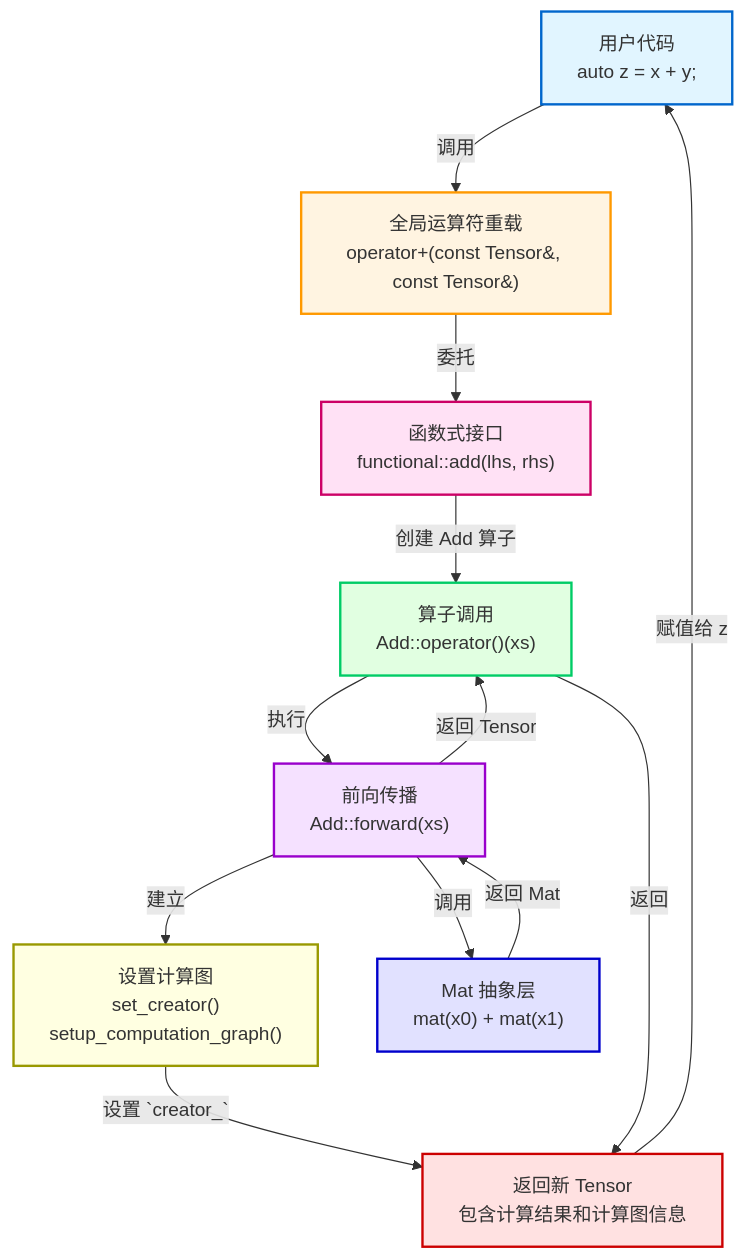
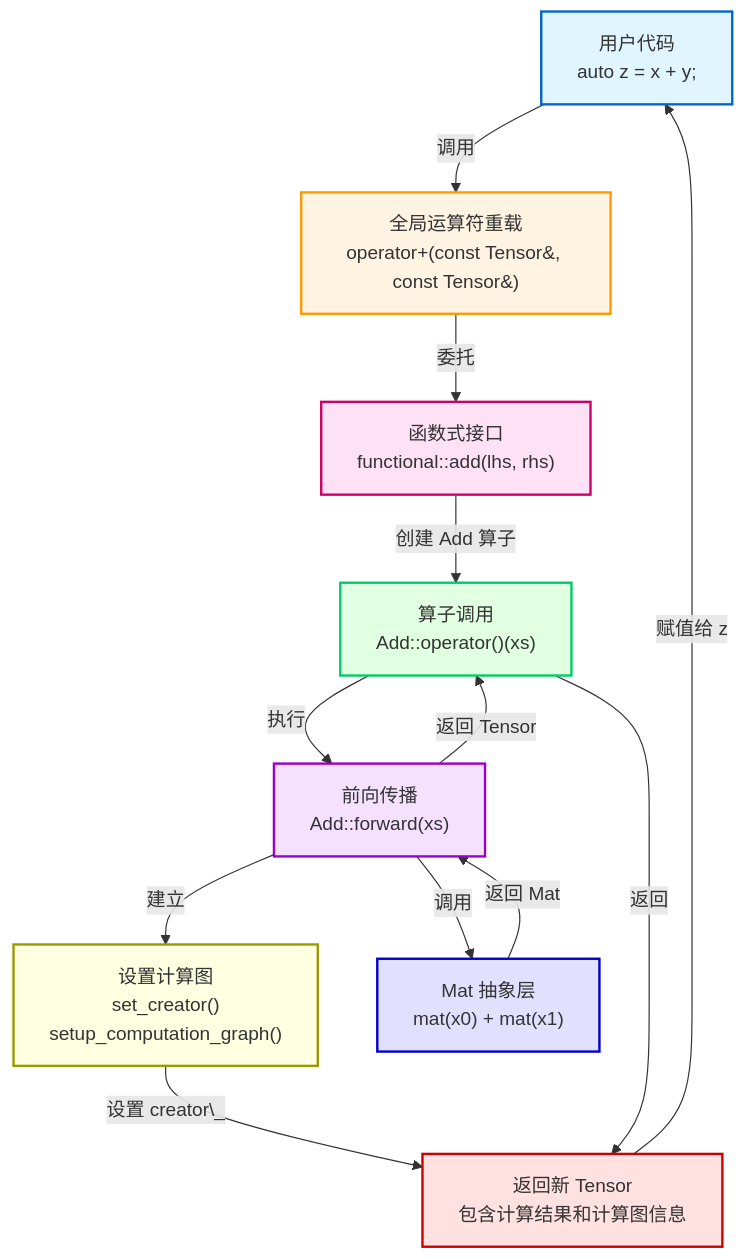
The fifth of 41 diagrams in docs/design/architecture.md (jinbooooom/OriginDL), drawn with Mermaid before and after one commit. The commit also changed other lines of this file, not shown here.

````diff
--- a/docs/design/architecture.md
+++ b/docs/design/architecture.md
@@ -318,49 +335,49 @@
 ```mermaid
 flowchart TD
     %% 用户代码层
     UserCode["用户代码<br/>auto z = x + y;"]
     
     %% 运算符重载层
     OperatorOverload["全局运算符重载<br/>operator+(const Tensor&, const Tensor&)"]
     
     %% 函数式接口层
     FunctionalAPI["函数式接口<br/>functional::add(lhs, rhs)"]
     
     %% 算子创建和调用层
     OperatorCall["算子调用<br/>Add::operator()(xs)"]
     
     %% 算子前向传播层
     Forward["前向传播<br/>Add::forward(xs)"]
     
     %% 计算图管理
     SetupGraph["设置计算图<br/>set_creator()<br/>setup_computation_graph()"]
     
     %% Mat 抽象层
     MatLayer["Mat 抽象层<br/>mat(x0) + mat(x1)"]
     
     %% 返回结果
     Result["返回新 Tensor<br/>包含计算结果和计算图信息"]
     
     %% 流程连接
     UserCode -->|调用| OperatorOverload
     OperatorOverload -->|委托| FunctionalAPI
     FunctionalAPI -->|创建 Add 算子| OperatorCall
     OperatorCall -->|执行| Forward
     Forward -->|调用| MatLayer
     Forward -->|建立| SetupGraph
     MatLayer -->|返回 Mat| Forward
     Forward -->|返回 Tensor| OperatorCall
-    SetupGraph -->|设置 `creator_`| Result
+    SetupGraph -->|设置 creator\_| Result
     OperatorCall -->|返回| Result
     Result -->|赋值给 z| UserCode
     
     %% 样式
     style UserCode fill:#e1f5ff,stroke:#0066cc,stroke-width:2px
     style OperatorOverload fill:#fff4e1,stroke:#ff9900,stroke-width:2px
     style FunctionalAPI fill:#ffe1f5,stroke:#cc0066,stroke-width:2px
     style OperatorCall fill:#e1ffe1,stroke:#00cc66,stroke-width:2px
     style Forward fill:#f5e1ff,stroke:#9900cc,stroke-width:2px
     style SetupGraph fill:#ffffe1,stroke:#999900,stroke-width:2px
     style MatLayer fill:#e1e1ff,stroke:#0000cc,stroke-width:2px
     style Result fill:#ffe1e1,stroke:#cc0000,stroke-width:2px
 ```
````
